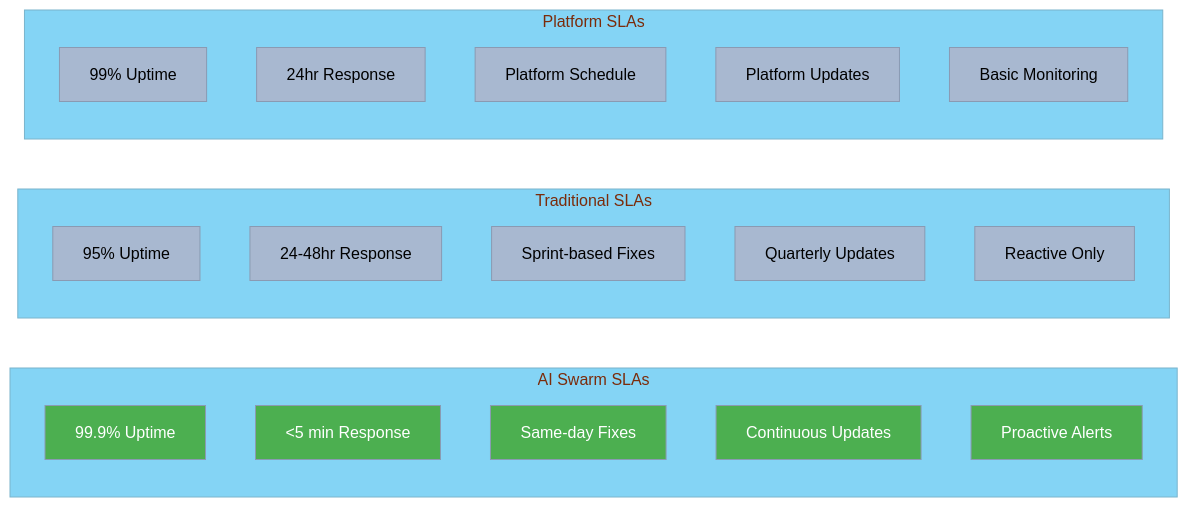
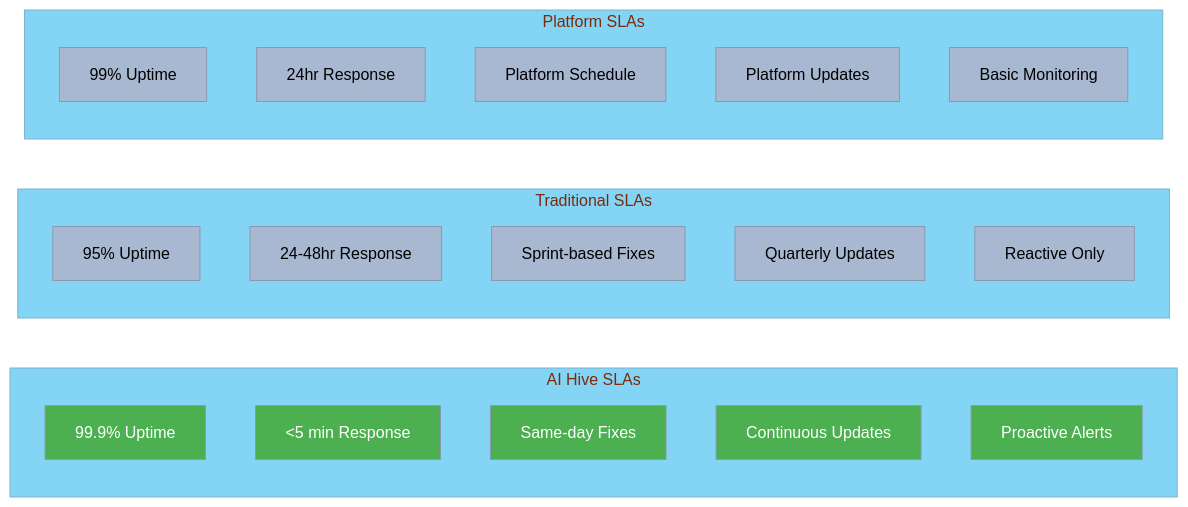
The sixth of 10 diagrams in business-documents/competitive-positioning/04-feature-comparison.md (o2alexanderfedin/AI-Hive-Business-Docs), drawn with Mermaid before and after one commit. The commit also changed other lines of this file and 22 other files, not shown here.

First line of the commit message:
Replace all references from 'AI Swarm' to 'AI Hive' across project

````diff
--- a/business-documents/competitive-positioning/04-feature-comparison.md
+++ b/business-documents/competitive-positioning/04-feature-comparison.md
@@ -434,44 +434,44 @@
 ```mermaid
 %%{init: {
   'theme': 'base',
   'themeVariables': {
     'primaryColor': '#A8B8D0',
     'primaryTextColor': '#000000',
     'primaryBorderColor': '#8A9AB2',
     'lineColor': '#8A9AB2',
     'secondaryColor': '#5DBCB6',
     'tertiaryColor': '#84D4F5',
     'background': '#F5F5F5'
   }
 }}%%
 graph LR
-    subgraph "AI Swarm SLAs"
+    subgraph "AI Hive SLAs"
         A1[99.9% Uptime]
         B1[<5 min Response]
         C1[Same-day Fixes]
         D1[Continuous Updates]
         E1[Proactive Alerts]
 
         style A1 fill:#4CAF50,color:#fff
         style B1 fill:#4CAF50,color:#fff
         style C1 fill:#4CAF50,color:#fff
         style D1 fill:#4CAF50,color:#fff
         style E1 fill:#4CAF50,color:#fff
     end
 
     subgraph "Traditional SLAs"
         A2[95% Uptime]
         B2[24-48hr Response]
         C2[Sprint-based Fixes]
         D2[Quarterly Updates]
         E2[Reactive Only]
     end
 
     subgraph "Platform SLAs"
         A3[99% Uptime]
         B3[24hr Response]
         C3[Platform Schedule]
         D3[Platform Updates]
         E3[Basic Monitoring]
     end
 ```
````
